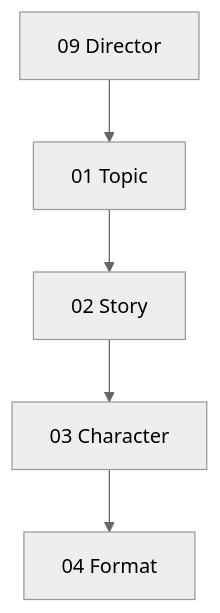
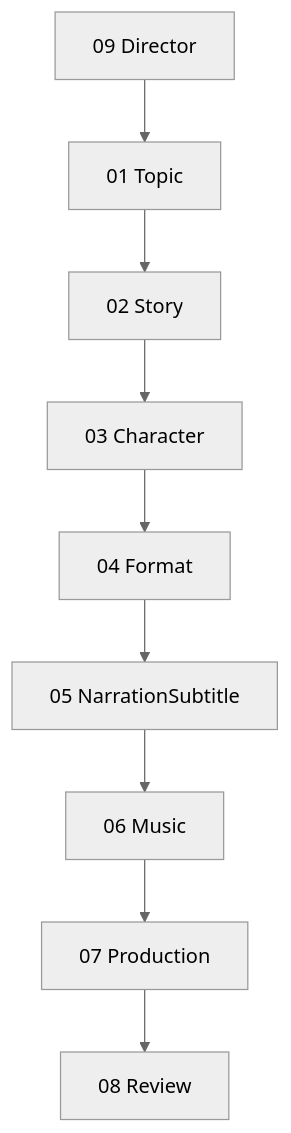
One commit to krist1214lhj-lang/video-maker changed the diagram in docs/agents/DIRECTOR_PIPELINE.md. Above: the diagram before and after it, drawn with Mermaid (neutral theme). The commit also changed other lines of this file and 10 other files, not shown here.

````diff
--- a/docs/agents/DIRECTOR_PIPELINE.md
+++ b/docs/agents/DIRECTOR_PIPELINE.md
@@ -16,10 +16,14 @@
 ```mermaid
 flowchart TD
     D["09 Director"]
     T["01 Topic"]
     S["02 Story"]
     C["03 Character"]
     F["04 Format"]
+    N["05 NarrationSubtitle"]
+    M["06 Music"]
+    P["07 Production"]
+    R["08 Review"]
 
-    D --> T --> S --> C --> F
+    D --> T --> S --> C --> F --> N --> M --> P --> R
 ```
````
